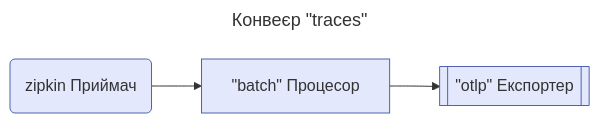
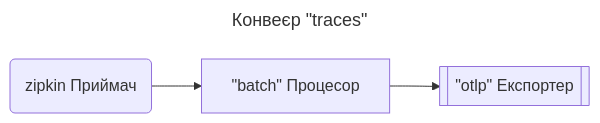
The fourth of 7 diagrams in content/uk/docs/collector/architecture.md (open-telemetry/opentelemetry.io), drawn with Mermaid before and after one commit. The commit also changed other lines of this file and 191 other files, not shown here.

````diff
--- a/content/uk/docs/collector/architecture.md
+++ b/content/uk/docs/collector/architecture.md
@@ -192,10 +185,8 @@
 ```mermaid
 ---
 title: Конвеєр "traces"
 ---
 flowchart LR
-    R1("`zipkin Приймач`") --> P1["`#quot;batch#quot; Процесор`"]
-    P1 --> E1[["`#quot;otlp#quot; Експортер`"]]
-
-    classDef default fill:#e3e8fc,stroke:#4f62ad;
+  R1("`zipkin Приймач`") --> P1["`#quot;batch#quot; Процесор`"]
+  P1 --> E1[["`#quot;otlp#quot; Експортер`"]]
 ```
````
